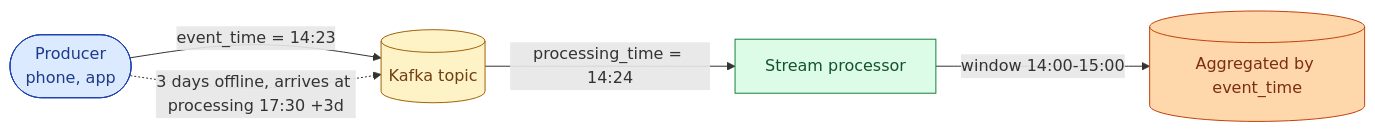
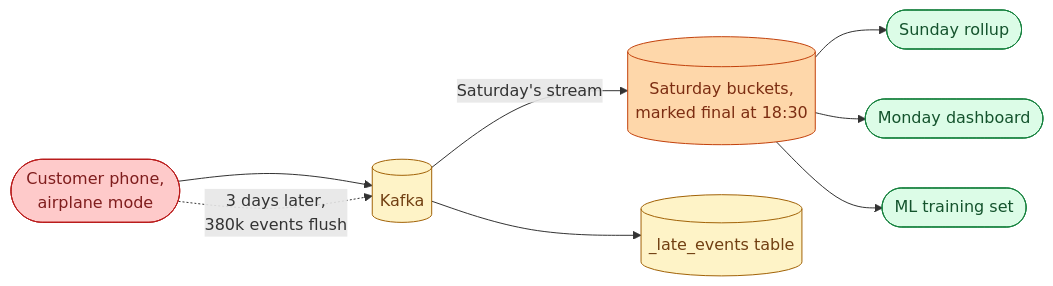
The first of 3 diagrams in problems/092-late-events-after-the-partition-closed/solution.md (shiningflash/data-engineering-practice-problems), drawn with Mermaid before and after one commit. The commit also changed other lines of this file and 3 other files, not shown here.

````diff
--- a/problems/092-late-events-after-the-partition-closed/solution.md
+++ b/problems/092-late-events-after-the-partition-closed/solution.md
@@ -9,13 +11,16 @@
 ```mermaid
 flowchart LR
-    P([Producer<br/>phone, app]):::p -->|"event_time = 14:23"| K[("Kafka topic")]:::k
-    K -->|"processing_time = 14:24"| C["Stream processor"]:::tx
-    C -->|"window 14:00-15:00"| W[("Aggregated by event_time")]:::wh
+    P([Customer phone,<br/>airplane mode]):::off --> K[("Kafka")]:::tx
+    K -->|"Saturday's stream"| S[("Saturday buckets,<br/>marked final at 18:30")]:::wh
+    S --> R(["Sunday rollup"]):::out
+    S --> D(["Monday dashboard"]):::out
+    S --> M(["ML training set"]):::out
+    P -.->|"3 days later,<br/>380k events flush"| K
+    K --> L[("_late_events table")]:::late
 
-    P -.->|"3 days offline, arrives at processing 17:30 +3d"| K
-
-    classDef p fill:#dbeafe,stroke:#1e40af,color:#1e3a8a
-    classDef k fill:#fef3c7,stroke:#a16207,color:#713f12
-    classDef tx fill:#dcfce7,stroke:#15803d,color:#14532d
+    classDef off fill:#fecaca,stroke:#b91c1c,color:#7f1d1d
+    classDef tx fill:#fef3c7,stroke:#a16207,color:#713f12
     classDef wh fill:#fed7aa,stroke:#c2410c,color:#7c2d12
+    classDef out fill:#dcfce7,stroke:#15803d,color:#14532d
+    classDef late fill:#fef3c7,stroke:#a16207,color:#713f12
 ```
````
